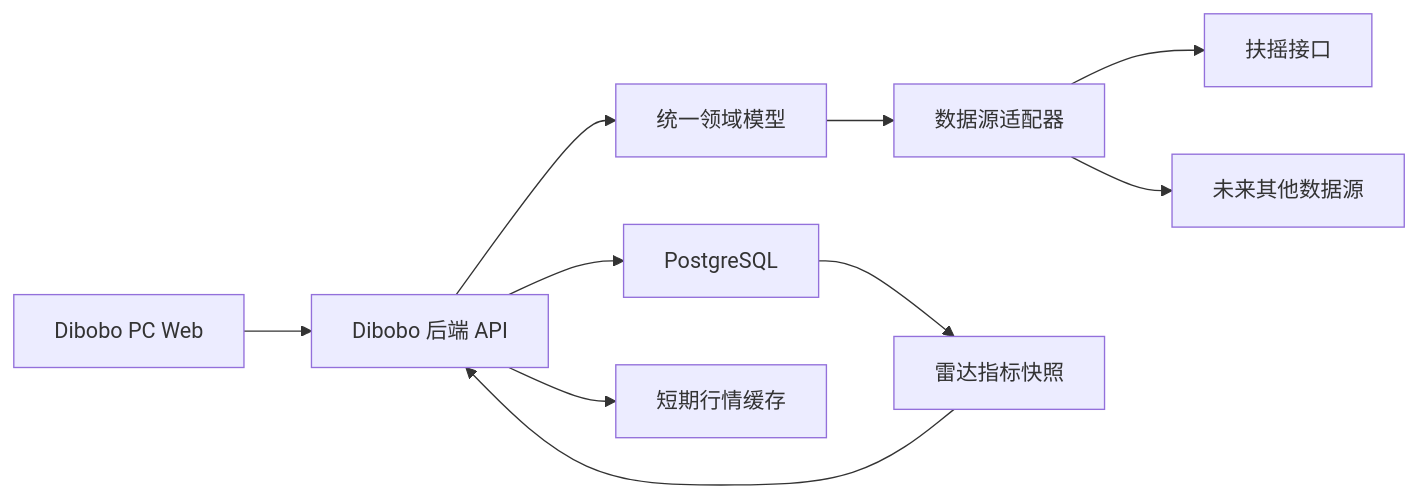
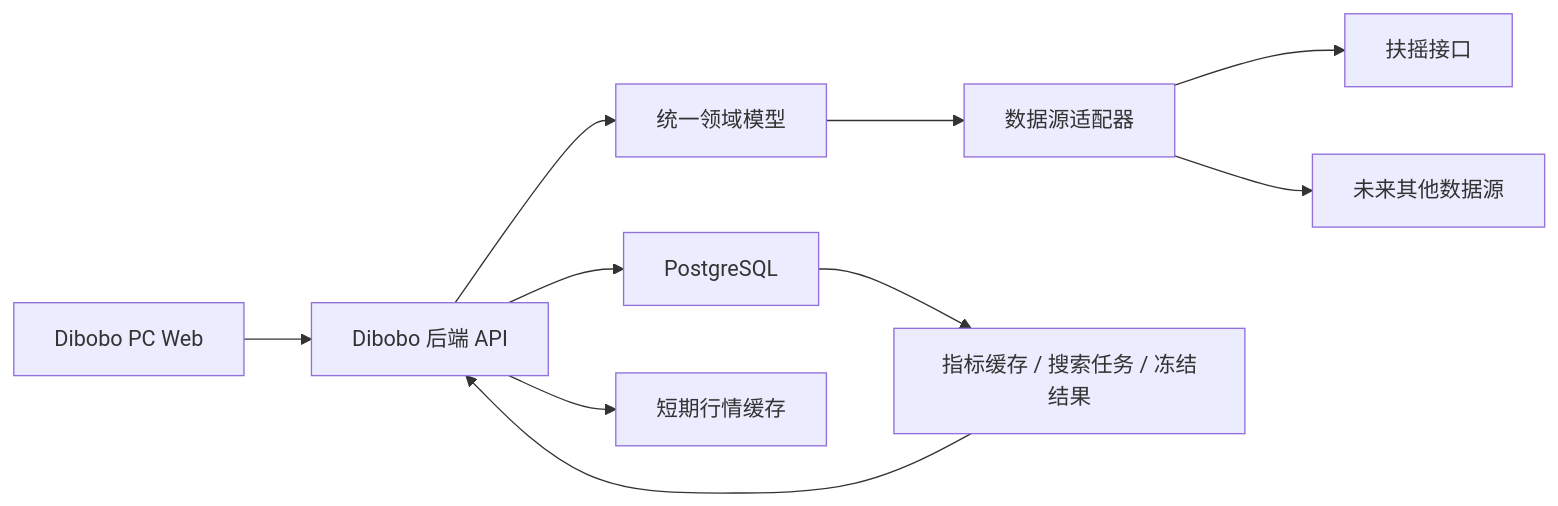
The diagram in docs/requirements/Dibobo-V1-PRD.md (lizezhen13/Dibobo), drawn with Mermaid before and after one commit. The commit also changed other lines of this file and 23 other files, not shown here.

````diff
--- a/docs/requirements/Dibobo-V1-PRD.md
+++ b/docs/requirements/Dibobo-V1-PRD.md
@@ -705,12 +714,12 @@
 ```mermaid
 flowchart LR
     UI["Dibobo PC Web"] --> API["Dibobo 后端 API"]
     API --> MODEL["统一领域模型"]
     API --> DB["PostgreSQL"]
     API --> CACHE["短期行情缓存"]
     MODEL --> ADAPTER["数据源适配器"]
     ADAPTER --> FUYAO["扶摇接口"]
     ADAPTER --> FUTURE["未来其他数据源"]
-    DB --> RADAR["雷达指标快照"]
+    DB --> RADAR["指标缓存 / 搜索任务 / 冻结结果"]
     RADAR --> API
 ```
````
